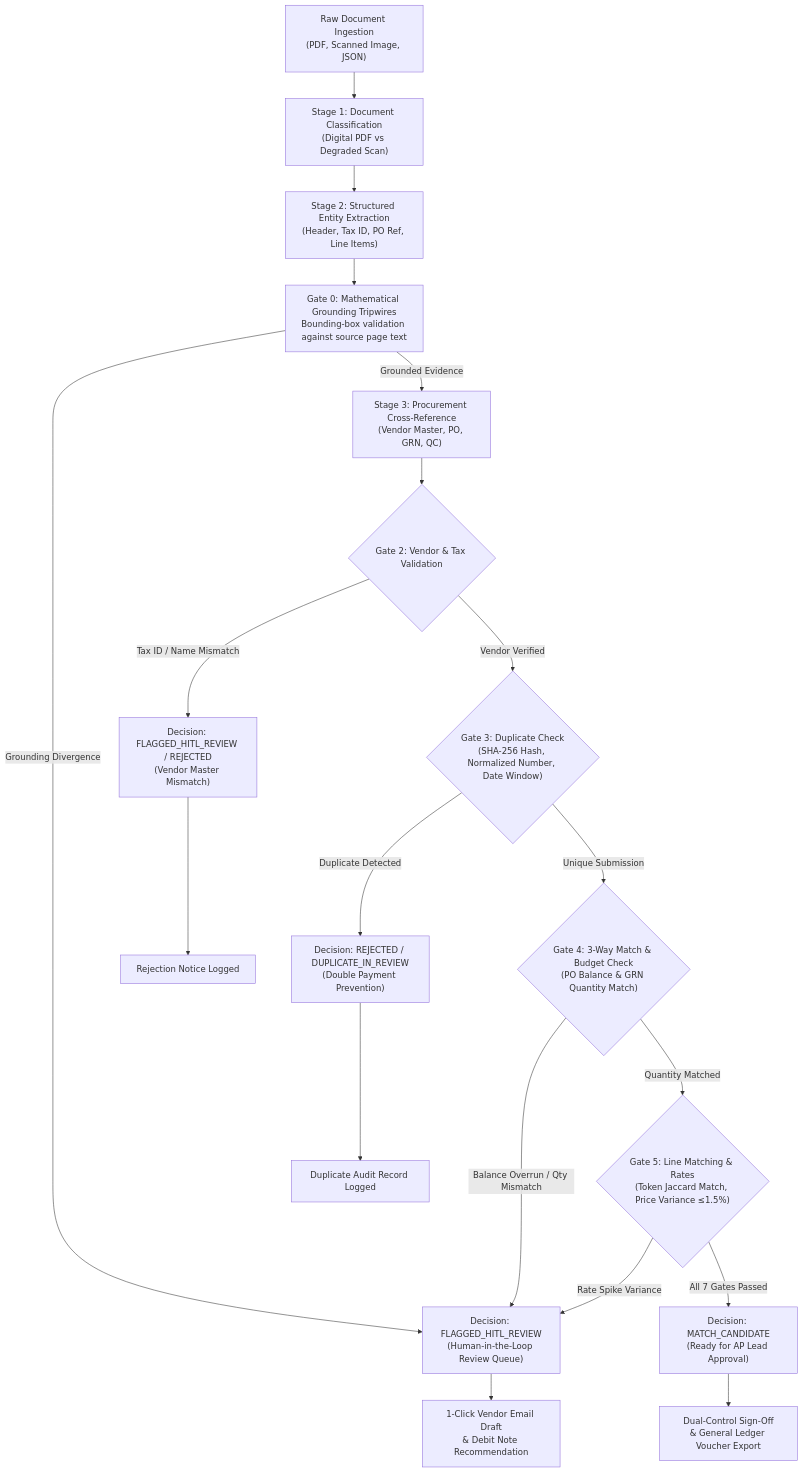
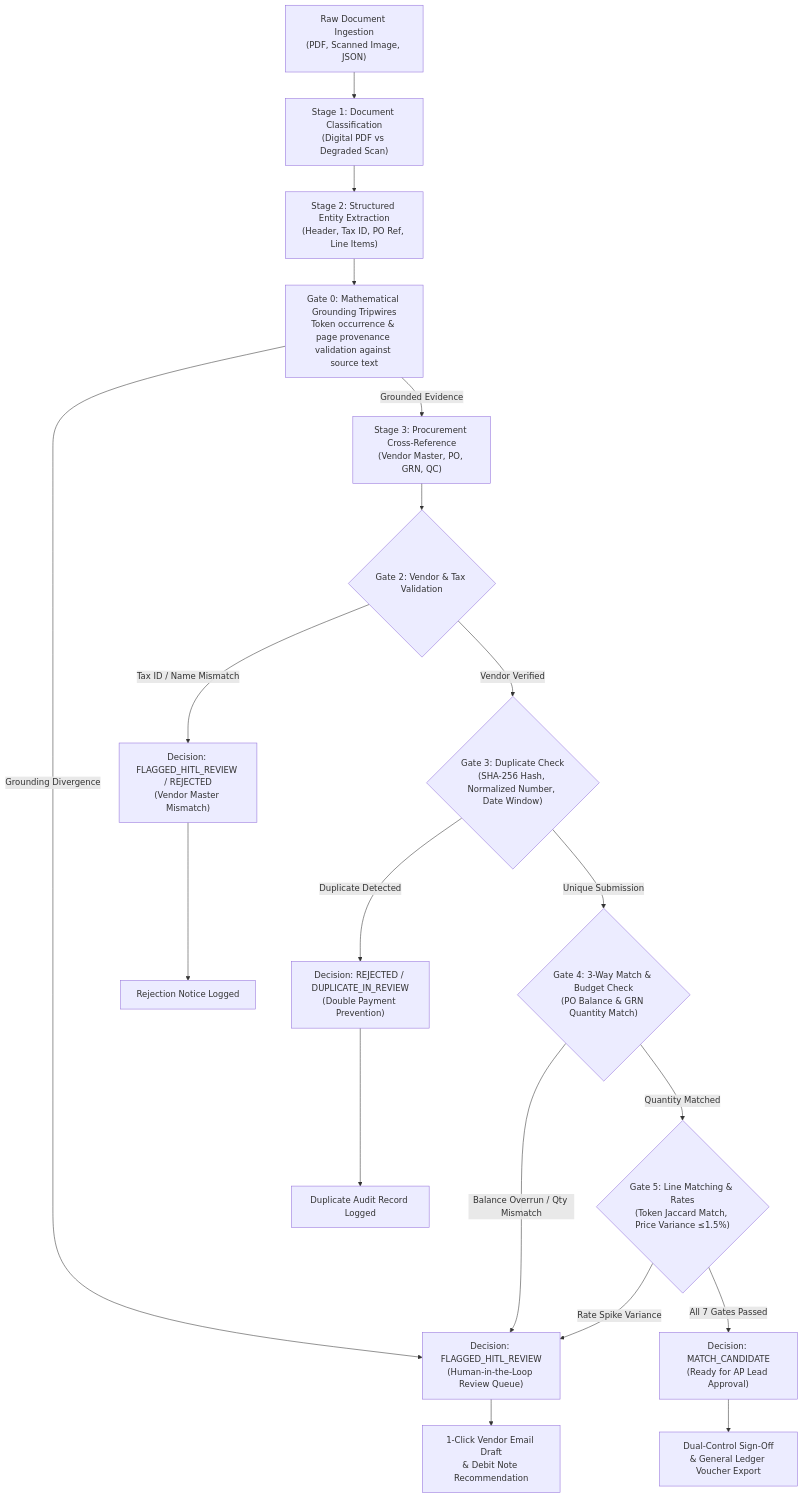
The diagram in README.md (neerajs22is-ux/Zamp-Case-Study-PS-1), drawn with Mermaid before and after one commit. The commit also changed 7 other files, not shown here.

````diff
--- a/README.md
+++ b/README.md
@@ -79,27 +79,27 @@
 ```mermaid
 flowchart TD
     A["Raw Document Ingestion<br/>(PDF, Scanned Image, JSON)"] --> B["Stage 1: Document Classification<br/>(Digital PDF vs Degraded Scan)"]
     B --> C["Stage 2: Structured Entity Extraction<br/>(Header, Tax ID, PO Ref, Line Items)"]
-    C --> D["Gate 0: Mathematical Grounding Tripwires<br/>Bounding-box validation against source page text"]
+    C --> D["Gate 0: Mathematical Grounding Tripwires<br/>Token occurrence & page provenance validation against source text"]
     
     D -- Grounding Divergence --> H["Decision: FLAGGED_HITL_REVIEW<br/>(Human-in-the-Loop Review Queue)"]
     D -- Grounded Evidence --> E["Stage 3: Procurement Cross-Reference<br/>(Vendor Master, PO, GRN, QC)"]
     
     E --> F{"Gate 2: Vendor & Tax Validation"}
     F -- Tax ID / Name Mismatch --> J["Decision: FLAGGED_HITL_REVIEW / REJECTED<br/>(Vendor Master Mismatch)"]
     F -- Vendor Verified --> G{"Gate 3: Duplicate Check<br/>(SHA-256 Hash, Normalized Number, Date Window)"}
     
     G -- Duplicate Detected --> K["Decision: REJECTED / DUPLICATE_IN_REVIEW<br/>(Double Payment Prevention)"]
     G -- Unique Submission --> L{"Gate 4: 3-Way Match & Budget Check<br/>(PO Balance & GRN Quantity Match)"}
     
     L -- Balance Overrun / Qty Mismatch --> H
     L -- Quantity Matched --> M{"Gate 5: Line Matching & Rates<br/>(Token Jaccard Match, Price Variance ≤1.5%)"}
     
     M -- Rate Spike Variance --> H
     M -- All 7 Gates Passed --> N["Decision: MATCH_CANDIDATE<br/>(Ready for AP Lead Approval)"]
     
     H --> P["1-Click Vendor Email Draft<br/>& Debit Note Recommendation"]
     N --> Q["Dual-Control Sign-Off<br/>& General Ledger Voucher Export"]
     J --> R["Rejection Notice Logged"]
     K --> S["Duplicate Audit Record Logged"]
 ```
````
